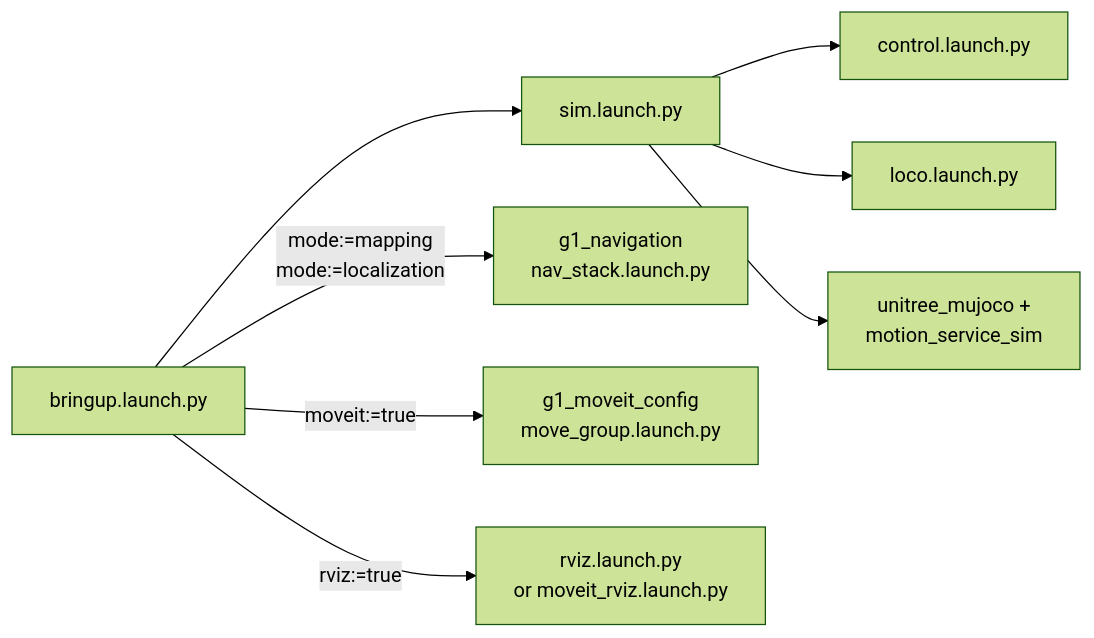
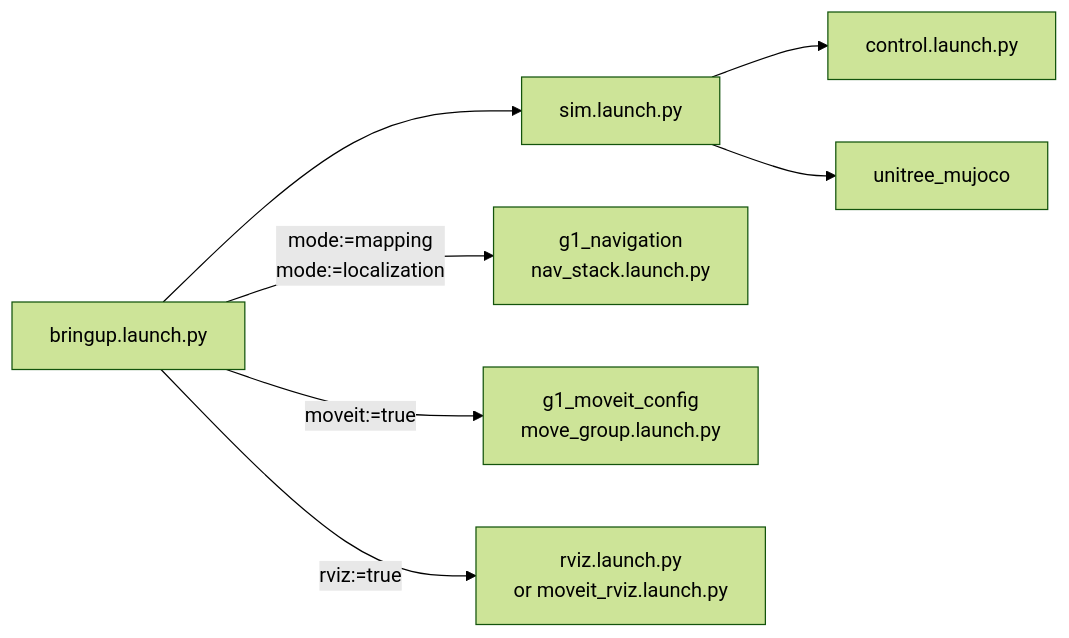
One commit to Adyansh04/grove-g1 changed the diagram in workspace/src/g1_bringup/README.md. Above: the diagram before and after it, drawn with Mermaid (forest theme). The commit also changed other lines of this file and 10 other files, not shown here.

````diff
--- a/workspace/src/g1_bringup/README.md
+++ b/workspace/src/g1_bringup/README.md
@@ -8,11 +8,10 @@
 ```mermaid
 flowchart LR
     B["bringup.launch.py"]
     B --> S["sim.launch.py"]
     B -->|"mode:=mapping<br/>mode:=localization"| N["g1_navigation<br/>nav_stack.launch.py"]
     B -->|"moveit:=true"| MG["g1_moveit_config<br/>move_group.launch.py"]
     B -->|"rviz:=true"| R["rviz.launch.py<br/>or moveit_rviz.launch.py"]
     S --> C["control.launch.py"]
-    S --> L["loco.launch.py"]
-    S --> MJ["unitree_mujoco +<br/>motion_service_sim"]
+    S --> MJ["unitree_mujoco"]
 ```
````
